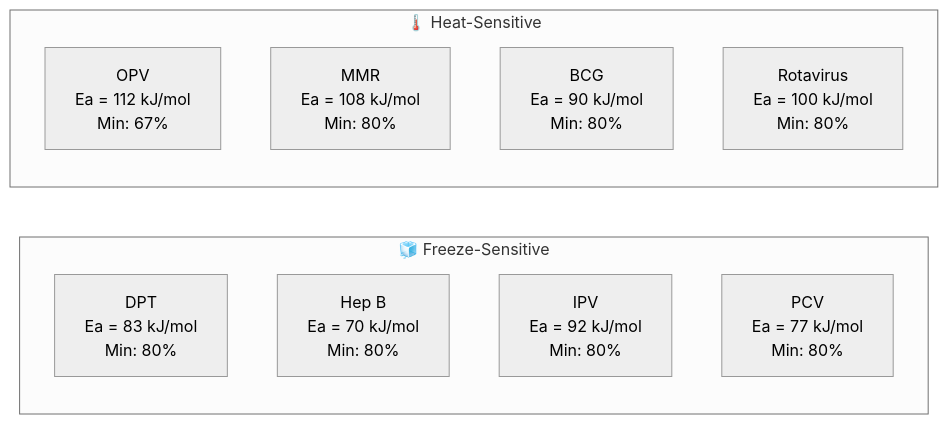
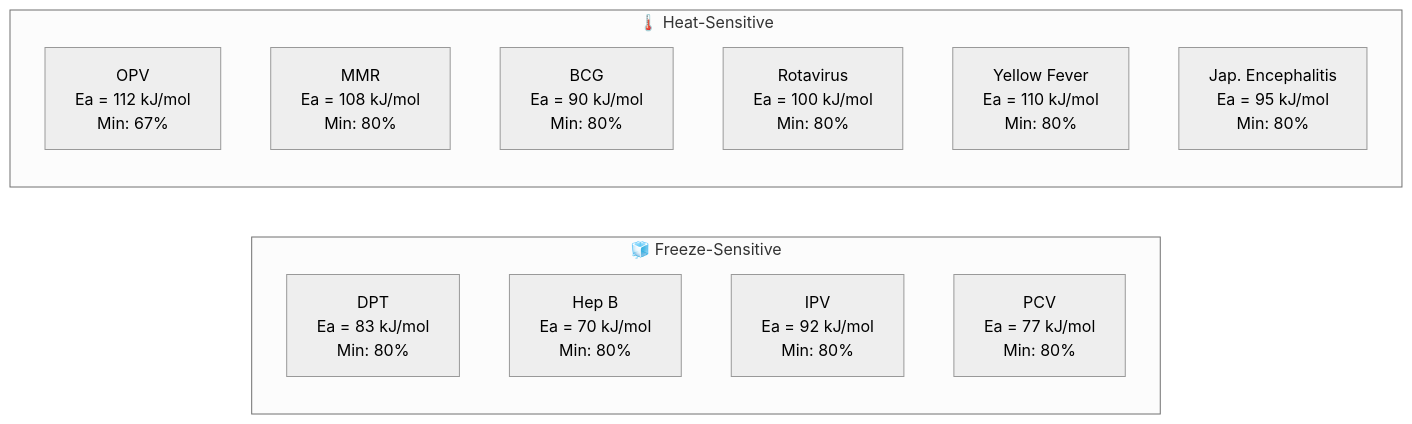
The third of 6 diagrams in README.md (Santhosh-zeta/ColdGuard), drawn with Mermaid (neutral theme) before and after one commit. The commit also changed other lines of this file and 2 other files, not shown here.

````diff
--- a/README.md
+++ b/README.md
@@ -161,15 +163,17 @@
 ```mermaid
 graph LR
     subgraph FREEZE["🧊 Freeze-Sensitive"]
         DPT["DPT\nEa = 83 kJ/mol\nMin: 80%"]
         HEPB["Hep B\nEa = 70 kJ/mol\nMin: 80%"]
         IPV["IPV\nEa = 92 kJ/mol\nMin: 80%"]
         PCV["PCV\nEa = 77 kJ/mol\nMin: 80%"]
     end
     subgraph HEAT["🌡️ Heat-Sensitive"]
         OPV["OPV\nEa = 112 kJ/mol\nMin: 67%"]
         MMR["MMR\nEa = 108 kJ/mol\nMin: 80%"]
         BCG["BCG\nEa = 90 kJ/mol\nMin: 80%"]
         ROTA["Rotavirus\nEa = 100 kJ/mol\nMin: 80%"]
+        YF["Yellow Fever\nEa = 110 kJ/mol\nMin: 80%"]
+        JE["Jap. Encephalitis\nEa = 95 kJ/mol\nMin: 80%"]
     end
 ```
````
